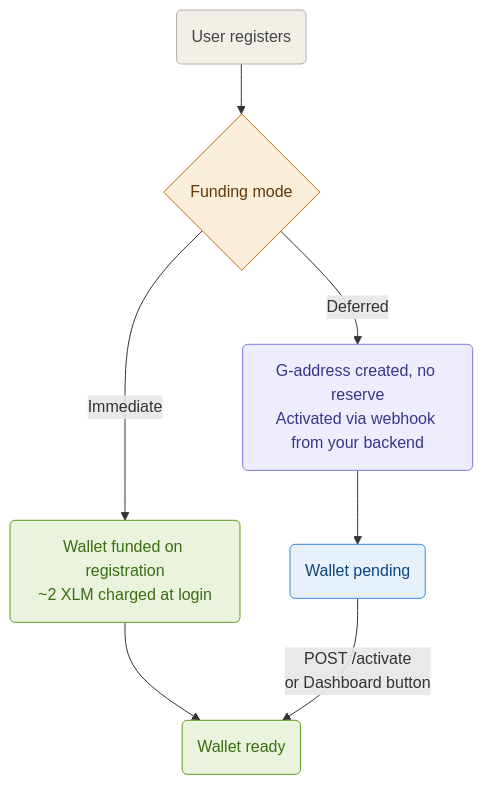
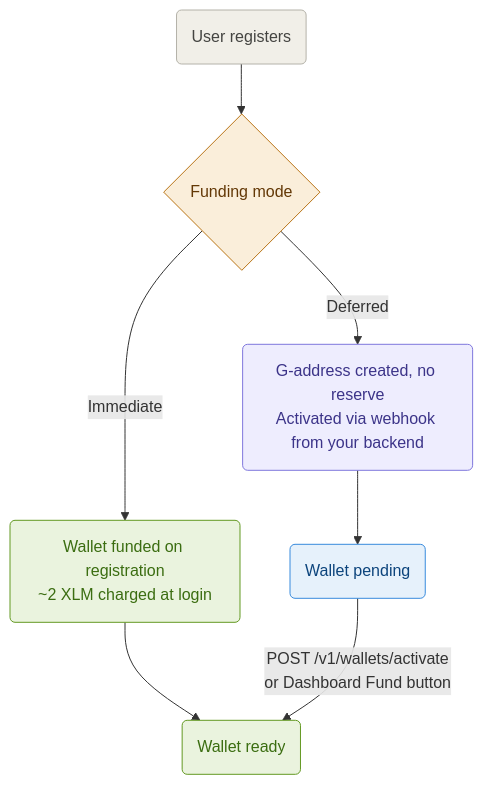
One commit to pollar-xyz/pollar-docs changed the diagram in docs/core-concepts/funding-modes.md. Above: the diagram before and after it, drawn with Mermaid. The commit also changed other lines of this file and 90 other files, not shown here.

````diff
--- a/docs/core-concepts/funding-modes.md
+++ b/docs/core-concepts/funding-modes.md
@@ -13,17 +13,17 @@
 ```mermaid
 flowchart TD
     A("User registers"):::neutral
     A --> B{"Funding mode"}:::decision
     B -->|"Immediate"| C("Wallet funded on registration\n~2 XLM charged at login"):::immediate
     B -->|"Deferred"| D("G-address created, no reserve\nActivated via webhook from your backend"):::deferred
     C --> E("Wallet ready"):::ready
     D --> F("Wallet pending"):::pending
-    F -->|"POST /activate\nor Dashboard button"| E
+    F -->|"POST /v1/wallets/activate\nor Dashboard Fund button"| E
 
     classDef neutral fill:#f1efe8,stroke:#b4b2a9,color:#444441
     classDef decision fill:#faeeda,stroke:#ba7517,color:#633806
     classDef immediate fill:#eaf3de,stroke:#639922,color:#3b6d11
     classDef deferred fill:#eeedfe,stroke:#7f77dd,color:#3c3489
     classDef ready fill:#eaf3de,stroke:#639922,color:#3b6d11
     classDef pending fill:#e6f1fb,stroke:#378add,color:#0c447c
 ```
````
